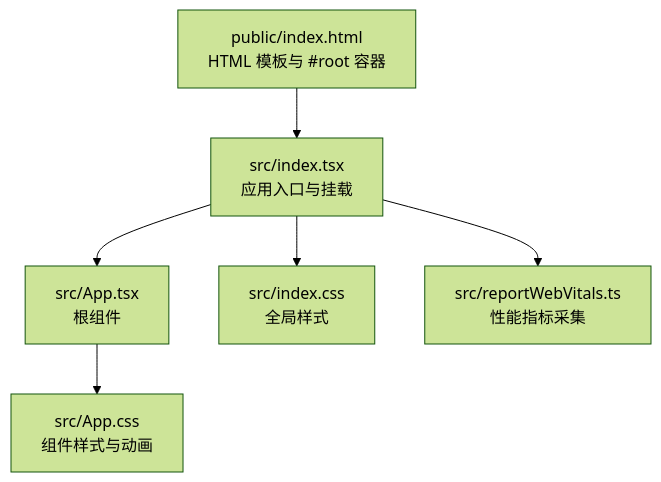
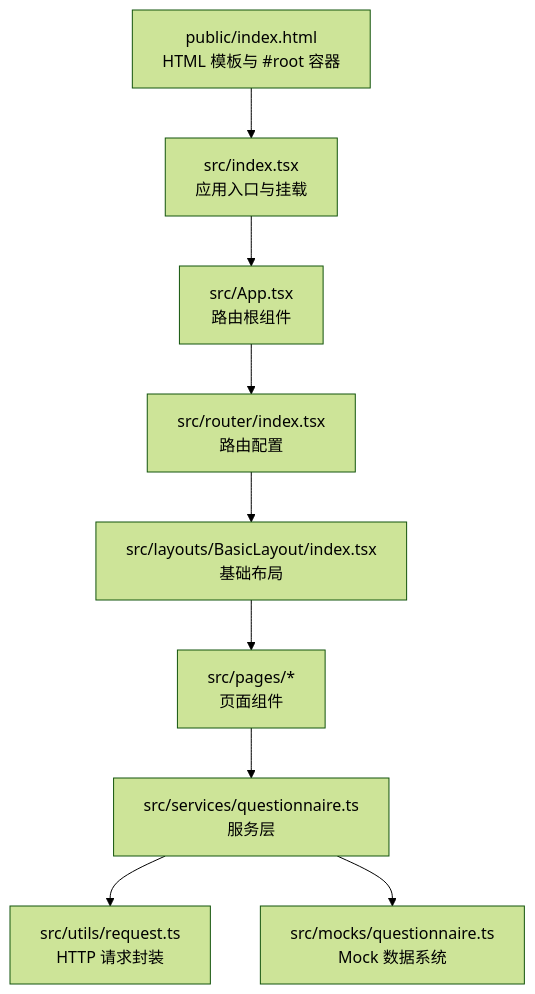
Before and after one commit to kkxxll/reactNext: the first of 7 diagrams in .qoder/repowiki/zh/content/核心组件/核心组件.md, drawn with Mermaid (forest theme). The commit also changed other lines of this file and 12 other files, not shown here.

````diff
--- a/.qoder/repowiki/zh/content/核心组件/核心组件.md
+++ b/.qoder/repowiki/zh/content/核心组件/核心组件.md
@@ -38,8 +41,11 @@
 ```mermaid
 graph TB
 A["public/index.html<br/>HTML 模板与 #root 容器"] --> B["src/index.tsx<br/>应用入口与挂载"]
-B --> C["src/App.tsx<br/>根组件"]
-C --> D["src/App.css<br/>组件样式与动画"]
-B --> E["src/index.css<br/>全局样式"]
-B --> F["src/reportWebVitals.ts<br/>性能指标采集"]
+B --> C["src/App.tsx<br/>路由根组件"]
+C --> D["src/router/index.tsx<br/>路由配置"]
+D --> E["src/layouts/BasicLayout/index.tsx<br/>基础布局"]
+E --> F["src/pages/*<br/>页面组件"]
+F --> G["src/services/questionnaire.ts<br/>服务层"]
+G --> H["src/utils/request.ts<br/>HTTP 请求封装"]
+G --> I["src/mocks/questionnaire.ts<br/>Mock 数据系统"]
 ```
````
